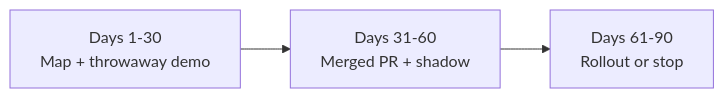
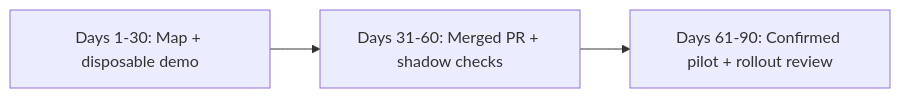
One commit to k-felipe/shipbob-io-architecture-sketch changed the first of 2 diagrams in README.md. Above: the diagram before and after it, drawn with Mermaid. The commit also changed other lines of this file, not shown here.

Commit message:
Clarify pilot outcomes, exposure clocks, fee evidence and confirmation gates

````diff
--- a/README.md
+++ b/README.md
@@ -23,5 +23,5 @@
 ```mermaid
 flowchart LR
-  D30["Days 1-30\nMap + throwaway demo"] --> D60["Days 31-60\nMerged PR + shadow"]
-  D60 --> D90["Days 61-90\nRollout or stop"]
+  D30["Days 1-30: Map + disposable demo"] --> D60["Days 31-60: Merged PR + shadow checks"]
+  D60 --> D90["Days 61-90: Confirmed pilot + rollout review"]
 ```
````
